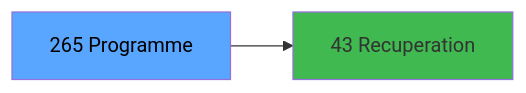
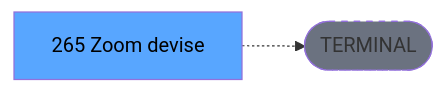
Before and after one commit to thonyAGP/lecteur-magic: the third of 3 diagrams in .openspec/renders/ADH-IDE-265.md, drawn with Mermaid. The commit also changed other lines of this file and 701 other files, not shown here.

````diff
--- a/.openspec/renders/ADH-IDE-265.md
+++ b/.openspec/renders/ADH-IDE-265.md
@@ -135,8 +134,8 @@
 ```mermaid
 graph LR
-    T[265 Programme]
-    C43[43 Recuperation]
-    T --> C43
+    T[265 Zoom devise]
+    TERM([TERMINAL])
+    T -.-> TERM
+    style TERM fill:#6b7280,stroke-dasharray: 5 5
     style T fill:#58a6ff,color:#000
-    style C43 fill:#3fb950
 ```
````
